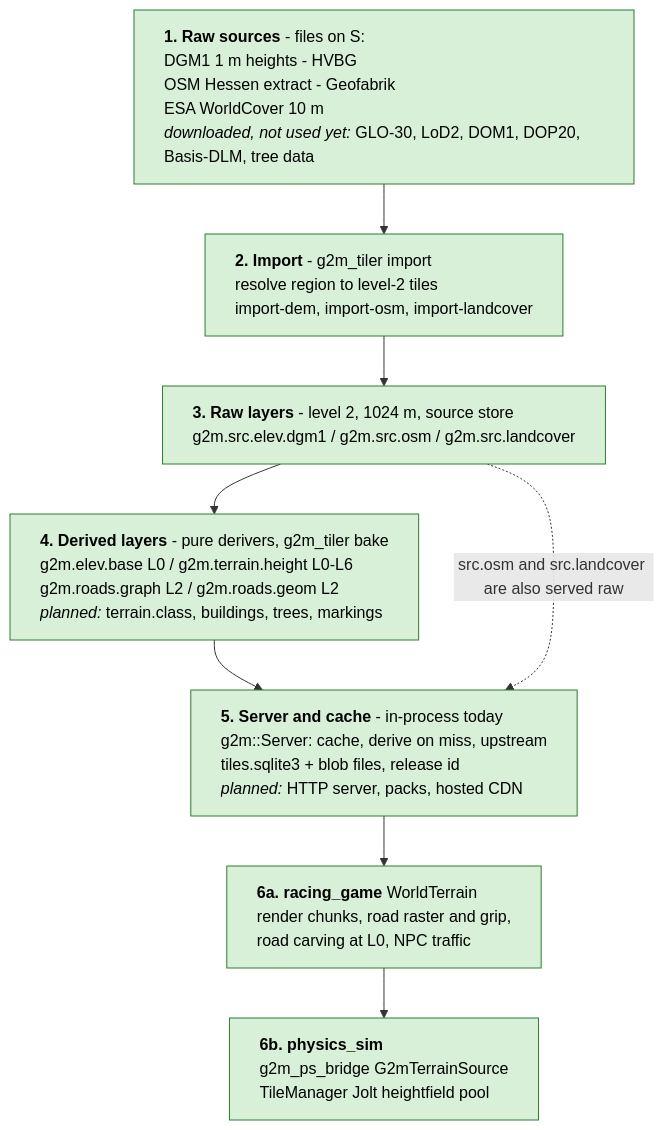
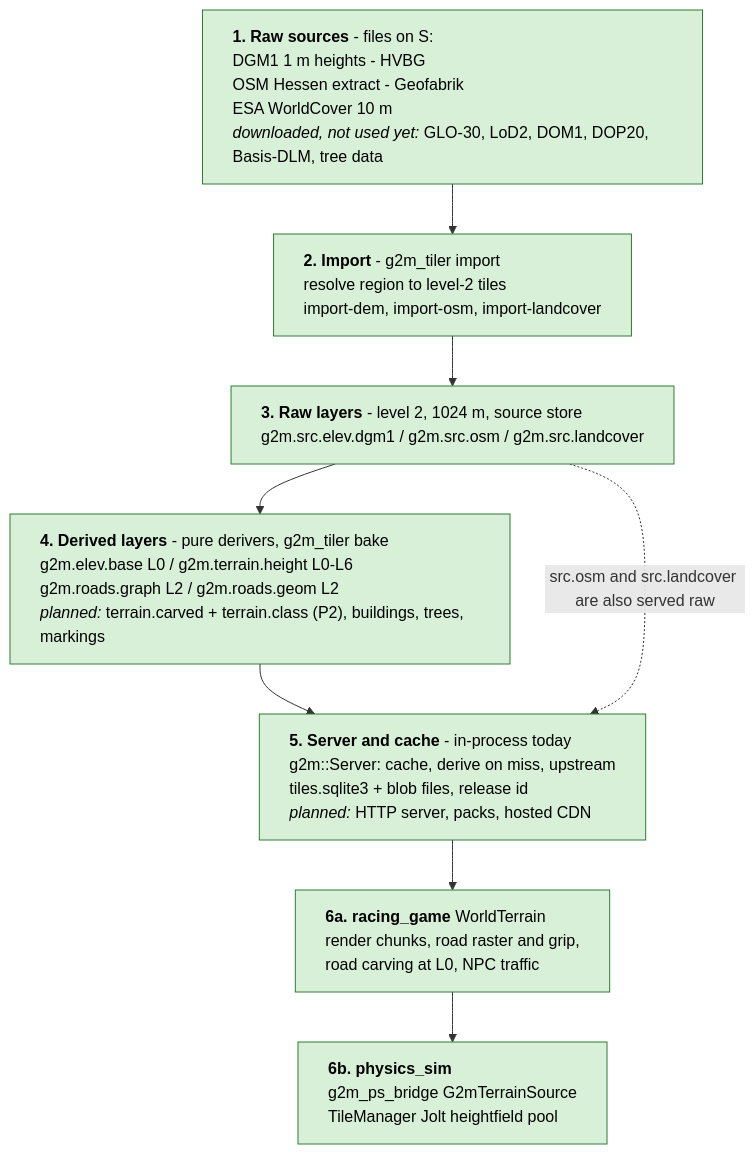
The first of 4 diagrams in docs/pipeline/README.md (SebastianDanielFrenz/geo2map_engine), drawn with Mermaid before and after one commit. The commit also changed other lines of this file and 2 other files, not shown here.

````diff
--- a/docs/pipeline/README.md
+++ b/docs/pipeline/README.md
@@ -30,16 +30,16 @@
 ```mermaid
 %%{init: {"flowchart": {"wrappingWidth": 440, "useMaxWidth": false}}}%%
 flowchart TB
   SRC["<b>1. Raw sources</b> - files on S:<br/>DGM1 1 m heights - HVBG<br/>OSM Hessen extract - Geofabrik<br/>ESA WorldCover 10 m<br/><i>downloaded, not used yet:</i> GLO-30, LoD2, DOM1, DOP20, Basis-DLM, tree data"]
   IMP["<b>2. Import</b> - g2m_tiler import<br/>resolve region to level-2 tiles<br/>import-dem, import-osm, import-landcover"]
   RAW["<b>3. Raw layers</b> - level 2, 1024 m, source store<br/>g2m.src.elev.dgm1 / g2m.src.osm / g2m.src.landcover"]
-  BAKE["<b>4. Derived layers</b> - pure derivers, g2m_tiler bake<br/>g2m.elev.base L0 / g2m.terrain.height L0-L6<br/>g2m.roads.graph L2 / g2m.roads.geom L2<br/><i>planned:</i> terrain.class, buildings, trees, markings"]
+  BAKE["<b>4. Derived layers</b> - pure derivers, g2m_tiler bake<br/>g2m.elev.base L0 / g2m.terrain.height L0-L6<br/>g2m.roads.graph L2 / g2m.roads.geom L2<br/><i>planned:</i> terrain.carved + terrain.class (P2), buildings, trees, markings"]
   SRV["<b>5. Server and cache</b> - in-process today<br/>g2m::Server: cache, derive on miss, upstream<br/>tiles.sqlite3 + blob files, release id<br/><i>planned:</i> HTTP server, packs, hosted CDN"]
   GAME["<b>6a. racing_game</b> WorldTerrain<br/>render chunks, road raster and grip,<br/>road carving at L0, NPC traffic"]
   PHYS["<b>6b. physics_sim</b><br/>g2m_ps_bridge G2mTerrainSource<br/>TileManager Jolt heightfield pool"]
   SRC --> IMP --> RAW --> BAKE --> SRV --> GAME --> PHYS
   RAW -. "src.osm and src.landcover are also served raw" .-> SRV
 
   classDef done fill:#d8f0d8,stroke:#2e7d32,color:#000,text-align:left;
   class SRC,IMP,RAW,BAKE,SRV,GAME,PHYS done;
 ```
````
